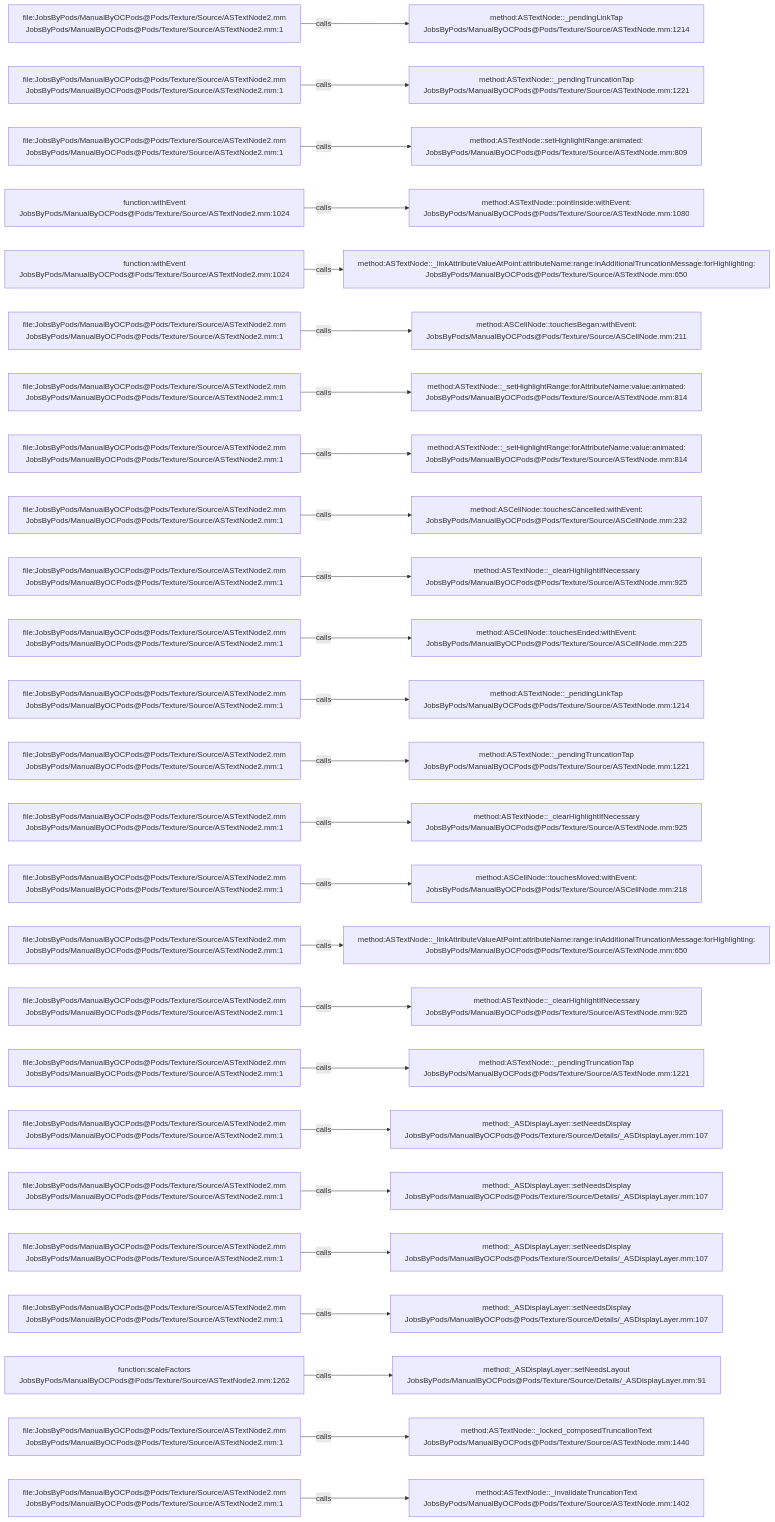
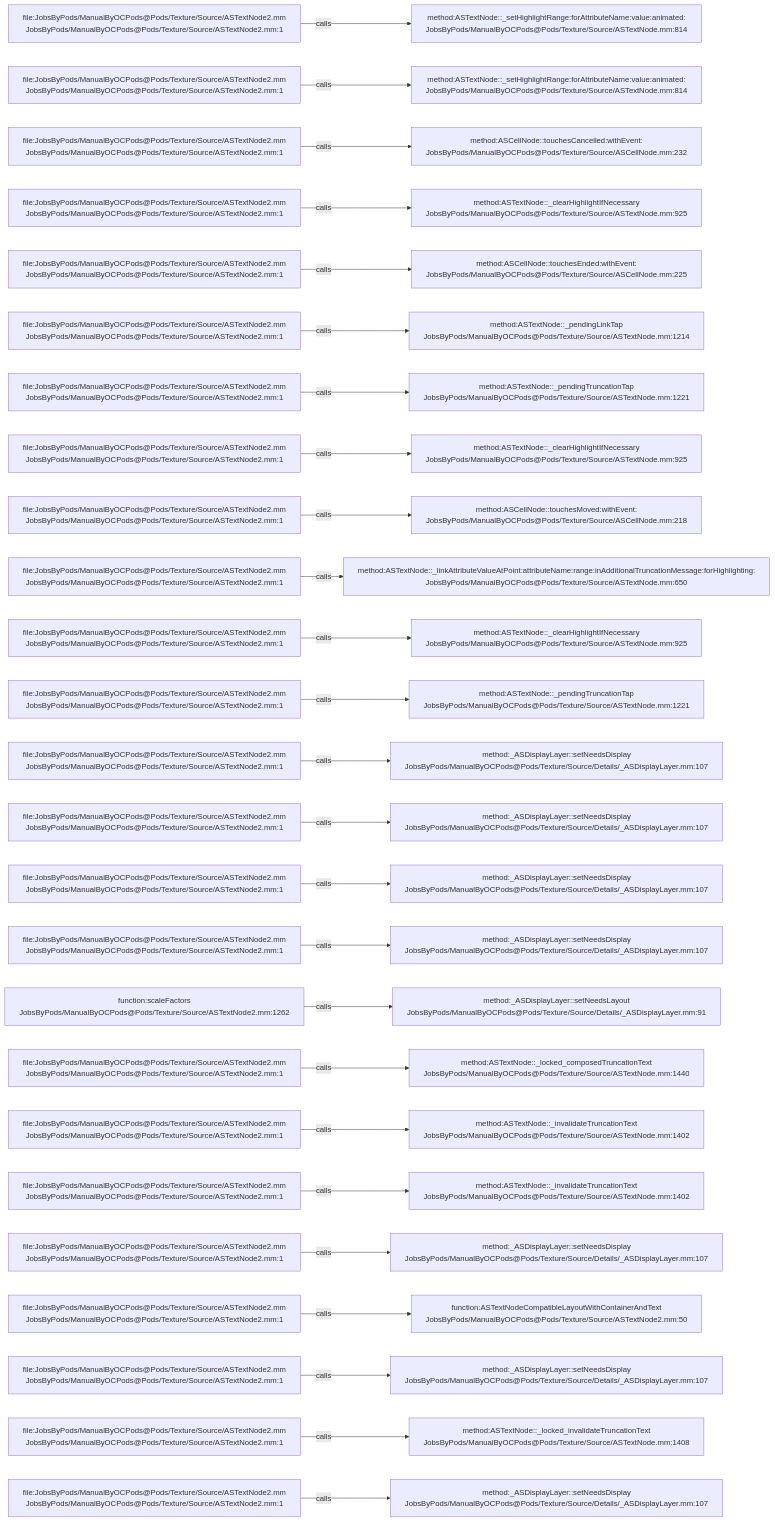
One commit to JobsKits/JobsOCBaseConfigDemo changed the diagram in .codegraph/codegraph.md/graphs/calls-133.md. Above: the diagram before and after it, drawn with Mermaid. The commit also changed 666 other files, not shown here.

````diff
--- a/.codegraph/codegraph.md/graphs/calls-133.md
+++ b/.codegraph/codegraph.md/graphs/calls-133.md
@@ -13,78 +13,78 @@
 ```mermaid
 flowchart LR
   S1["file:JobsByPods/ManualByOCPods@Pods/Texture/Source/ASTextNode2.mm<br/>JobsByPods/ManualByOCPods@Pods/Texture/Source/ASTextNode2.mm:1"]
-  T1["method:ASTextNode::_pendingLinkTap<br/>JobsByPods/ManualByOCPods@Pods/Texture/Source/ASTextNode.mm:1214"]
+  T1["method:ASTextNode::_setHighlightRange:forAttributeName:value:animated:<br/>JobsByPods/ManualByOCPods@Pods/Texture/Source/ASTextNode.mm:814"]
   S1 -->|calls| T1
   S2["file:JobsByPods/ManualByOCPods@Pods/Texture/Source/ASTextNode2.mm<br/>JobsByPods/ManualByOCPods@Pods/Texture/Source/ASTextNode2.mm:1"]
-  T2["method:ASTextNode::_pendingTruncationTap<br/>JobsByPods/ManualByOCPods@Pods/Texture/Source/ASTextNode.mm:1221"]
+  T2["method:ASTextNode::_setHighlightRange:forAttributeName:value:animated:<br/>JobsByPods/ManualByOCPods@Pods/Texture/Source/ASTextNode.mm:814"]
   S2 -->|calls| T2
   S3["file:JobsByPods/ManualByOCPods@Pods/Texture/Source/ASTextNode2.mm<br/>JobsByPods/ManualByOCPods@Pods/Texture/Source/ASTextNode2.mm:1"]
-  T3["method:ASTextNode::setHighlightRange:animated:<br/>JobsByPods/ManualByOCPods@Pods/Texture/Source/ASTextNode.mm:809"]
+  T3["method:ASCellNode::touchesCancelled:withEvent:<br/>JobsByPods/ManualByOCPods@Pods/Texture/Source/ASCellNode.mm:232"]
   S3 -->|calls| T3
-  S4["function:withEvent<br/>JobsByPods/ManualByOCPods@Pods/Texture/Source/ASTextNode2.mm:1024"]
-  T4["method:ASTextNode::pointInside:withEvent:<br/>JobsByPods/ManualByOCPods@Pods/Texture/Source/ASTextNode.mm:1080"]
+  S4["file:JobsByPods/ManualByOCPods@Pods/Texture/Source/ASTextNode2.mm<br/>JobsByPods/ManualByOCPods@Pods/Texture/Source/ASTextNode2.mm:1"]
+  T4["method:ASTextNode::_clearHighlightIfNecessary<br/>JobsByPods/ManualByOCPods@Pods/Texture/Source/ASTextNode.mm:925"]
   S4 -->|calls| T4
-  S5["function:withEvent<br/>JobsByPods/ManualByOCPods@Pods/Texture/Source/ASTextNode2.mm:1024"]
-  T5["method:ASTextNode::_linkAttributeValueAtPoint:attributeName:range:inAdditionalTruncationMessage:forHighlighting:<br/>JobsByPods/ManualByOCPods@Pods/Texture/Source/ASTextNode.mm:650"]
+  S5["file:JobsByPods/ManualByOCPods@Pods/Texture/Source/ASTextNode2.mm<br/>JobsByPods/ManualByOCPods@Pods/Texture/Source/ASTextNode2.mm:1"]
+  T5["method:ASCellNode::touchesEnded:withEvent:<br/>JobsByPods/ManualByOCPods@Pods/Texture/Source/ASCellNode.mm:225"]
   S5 -->|calls| T5
   S6["file:JobsByPods/ManualByOCPods@Pods/Texture/Source/ASTextNode2.mm<br/>JobsByPods/ManualByOCPods@Pods/Texture/Source/ASTextNode2.mm:1"]
-  T6["method:ASCellNode::touchesBegan:withEvent:<br/>JobsByPods/ManualByOCPods@Pods/Texture/Source/ASCellNode.mm:211"]
+  T6["method:ASTextNode::_pendingLinkTap<br/>JobsByPods/ManualByOCPods@Pods/Texture/Source/ASTextNode.mm:1214"]
   S6 -->|calls| T6
   S7["file:JobsByPods/ManualByOCPods@Pods/Texture/Source/ASTextNode2.mm<br/>JobsByPods/ManualByOCPods@Pods/Texture/Source/ASTextNode2.mm:1"]
-  T7["method:ASTextNode::_setHighlightRange:forAttributeName:value:animated:<br/>JobsByPods/ManualByOCPods@Pods/Texture/Source/ASTextNode.mm:814"]
+  T7["method:ASTextNode::_pendingTruncationTap<br/>JobsByPods/ManualByOCPods@Pods/Texture/Source/ASTextNode.mm:1221"]
   S7 -->|calls| T7
   S8["file:JobsByPods/ManualByOCPods@Pods/Texture/Source/ASTextNode2.mm<br/>JobsByPods/ManualByOCPods@Pods/Texture/Source/ASTextNode2.mm:1"]
-  T8["method:ASTextNode::_setHighlightRange:forAttributeName:value:animated:<br/>JobsByPods/ManualByOCPods@Pods/Texture/Source/ASTextNode.mm:814"]
+  T8["method:ASTextNode::_clearHighlightIfNecessary<br/>JobsByPods/ManualByOCPods@Pods/Texture/Source/ASTextNode.mm:925"]
   S8 -->|calls| T8
   S9["file:JobsByPods/ManualByOCPods@Pods/Texture/Source/ASTextNode2.mm<br/>JobsByPods/ManualByOCPods@Pods/Texture/Source/ASTextNode2.mm:1"]
-  T9["method:ASCellNode::touchesCancelled:withEvent:<br/>JobsByPods/ManualByOCPods@Pods/Texture/Source/ASCellNode.mm:232"]
+  T9["method:ASCellNode::touchesMoved:withEvent:<br/>JobsByPods/ManualByOCPods@Pods/Texture/Source/ASCellNode.mm:218"]
   S9 -->|calls| T9
   S10["file:JobsByPods/ManualByOCPods@Pods/Texture/Source/ASTextNode2.mm<br/>JobsByPods/ManualByOCPods@Pods/Texture/Source/ASTextNode2.mm:1"]
-  T10["method:ASTextNode::_clearHighlightIfNecessary<br/>JobsByPods/ManualByOCPods@Pods/Texture/Source/ASTextNode.mm:925"]
+  T10["method:ASTextNode::_linkAttributeValueAtPoint:attributeName:range:inAdditionalTruncationMessage:forHighlighting:<br/>JobsByPods/ManualByOCPods@Pods/Texture/Source/ASTextNode.mm:650"]
   S10 -->|calls| T10
   S11["file:JobsByPods/ManualByOCPods@Pods/Texture/Source/ASTextNode2.mm<br/>JobsByPods/ManualByOCPods@Pods/Texture/Source/ASTextNode2.mm:1"]
-  T11["method:ASCellNode::touchesEnded:withEvent:<br/>JobsByPods/ManualByOCPods@Pods/Texture/Source/ASCellNode.mm:225"]
+  T11["method:ASTextNode::_clearHighlightIfNecessary<br/>JobsByPods/ManualByOCPods@Pods/Texture/Source/ASTextNode.mm:925"]
   S11 -->|calls| T11
   S12["file:JobsByPods/ManualByOCPods@Pods/Texture/Source/ASTextNode2.mm<br/>JobsByPods/ManualByOCPods@Pods/Texture/Source/ASTextNode2.mm:1"]
-  T12["method:ASTextNode::_pendingLinkTap<br/>JobsByPods/ManualByOCPods@Pods/Texture/Source/ASTextNode.mm:1214"]
+  T12["method:ASTextNode::_pendingTruncationTap<br/>JobsByPods/ManualByOCPods@Pods/Texture/Source/ASTextNode.mm:1221"]
   S12 -->|calls| T12
   S13["file:JobsByPods/ManualByOCPods@Pods/Texture/Source/ASTextNode2.mm<br/>JobsByPods/ManualByOCPods@Pods/Texture/Source/ASTextNode2.mm:1"]
-  T13["method:ASTextNode::_pendingTruncationTap<br/>JobsByPods/ManualByOCPods@Pods/Texture/Source/ASTextNode.mm:1221"]
+  T13["method:_ASDisplayLayer::setNeedsDisplay<br/>JobsByPods/ManualByOCPods@Pods/Texture/Source/Details/_ASDisplayLayer.mm:107"]
   S13 -->|calls| T13
   S14["file:JobsByPods/ManualByOCPods@Pods/Texture/Source/ASTextNode2.mm<br/>JobsByPods/ManualByOCPods@Pods/Texture/Source/ASTextNode2.mm:1"]
-  T14["method:ASTextNode::_clearHighlightIfNecessary<br/>JobsByPods/ManualByOCPods@Pods/Texture/Source/ASTextNode.mm:925"]
+  T14["method:_ASDisplayLayer::setNeedsDisplay<br/>JobsByPods/ManualByOCPods@Pods/Texture/Source/Details/_ASDisplayLayer.mm:107"]
   S14 -->|calls| T14
   S15["file:JobsByPods/ManualByOCPods@Pods/Texture/Source/ASTextNode2.mm<br/>JobsByPods/ManualByOCPods@Pods/Texture/Source/ASTextNode2.mm:1"]
-  T15["method:ASCellNode::touchesMoved:withEvent:<br/>JobsByPods/ManualByOCPods@Pods/Texture/Source/ASCellNode.mm:218"]
+  T15["method:_ASDisplayLayer::setNeedsDisplay<br/>JobsByPods/ManualByOCPods@Pods/Texture/Source/Details/_ASDisplayLayer.mm:107"]
   S15 -->|calls| T15
   S16["file:JobsByPods/ManualByOCPods@Pods/Texture/Source/ASTextNode2.mm<br/>JobsByPods/ManualByOCPods@Pods/Texture/Source/ASTextNode2.mm:1"]
-  T16["method:ASTextNode::_linkAttributeValueAtPoint:attributeName:range:inAdditionalTruncationMessage:forHighlighting:<br/>JobsByPods/ManualByOCPods@Pods/Texture/Source/ASTextNode.mm:650"]
+  T16["method:_ASDisplayLayer::setNeedsDisplay<br/>JobsByPods/ManualByOCPods@Pods/Texture/Source/Details/_ASDisplayLayer.mm:107"]
   S16 -->|calls| T16
-  S17["file:JobsByPods/ManualByOCPods@Pods/Texture/Source/ASTextNode2.mm<br/>JobsByPods/ManualByOCPods@Pods/Texture/Source/ASTextNode2.mm:1"]
-  T17["method:ASTextNode::_clearHighlightIfNecessary<br/>JobsByPods/ManualByOCPods@Pods/Texture/Source/ASTextNode.mm:925"]
+  S17["function:scaleFactors<br/>JobsByPods/ManualByOCPods@Pods/Texture/Source/ASTextNode2.mm:1262"]
+  T17["method:_ASDisplayLayer::setNeedsLayout<br/>JobsByPods/ManualByOCPods@Pods/Texture/Source/Details/_ASDisplayLayer.mm:91"]
   S17 -->|calls| T17
   S18["file:JobsByPods/ManualByOCPods@Pods/Texture/Source/ASTextNode2.mm<br/>JobsByPods/ManualByOCPods@Pods/Texture/Source/ASTextNode2.mm:1"]
-  T18["method:ASTextNode::_pendingTruncationTap<br/>JobsByPods/ManualByOCPods@Pods/Texture/Source/ASTextNode.mm:1221"]
+  T18["method:ASTextNode::_locked_composedTruncationText<br/>JobsByPods/ManualByOCPods@Pods/Texture/Source/ASTextNode.mm:1440"]
   S18 -->|calls| T18
   S19["file:JobsByPods/ManualByOCPods@Pods/Texture/Source/ASTextNode2.mm<br/>JobsByPods/ManualByOCPods@Pods/Texture/Source/ASTextNode2.mm:1"]
-  T19["method:_ASDisplayLayer::setNeedsDisplay<br/>JobsByPods/ManualByOCPods@Pods/Texture/Source/Details/_ASDisplayLayer.mm:107"]
+  T19["method:ASTextNode::_invalidateTruncationText<br/>JobsByPods/ManualByOCPods@Pods/Texture/Source/ASTextNode.mm:1402"]
   S19 -->|calls| T19
   S20["file:JobsByPods/ManualByOCPods@Pods/Texture/Source/ASTextNode2.mm<br/>JobsByPods/ManualByOCPods@Pods/Texture/Source/ASTextNode2.mm:1"]
-  T20["method:_ASDisplayLayer::setNeedsDisplay<br/>JobsByPods/ManualByOCPods@Pods/Texture/Source/Details/_ASDisplayLayer.mm:107"]
+  T20["method:ASTextNode::_invalidateTruncationText<br/>JobsByPods/ManualByOCPods@Pods/Texture/Source/ASTextNode.mm:1402"]
   S20 -->|calls| T20
   S21["file:JobsByPods/ManualByOCPods@Pods/Texture/Source/ASTextNode2.mm<br/>JobsByPods/ManualByOCPods@Pods/Texture/Source/ASTextNode2.mm:1"]
   T21["method:_ASDisplayLayer::setNeedsDisplay<br/>JobsByPods/ManualByOCPods@Pods/Texture/Source/Details/_ASDisplayLayer.mm:107"]
   S21 -->|calls| T21
   S22["file:JobsByPods/ManualByOCPods@Pods/Texture/Source/ASTextNode2.mm<br/>JobsByPods/ManualByOCPods@Pods/Texture/Source/ASTextNode2.mm:1"]
-  T22["method:_ASDisplayLayer::setNeedsDisplay<br/>JobsByPods/ManualByOCPods@Pods/Texture/Source/Details/_ASDisplayLayer.mm:107"]
+  T22["function:ASTextNodeCompatibleLayoutWithContainerAndText<br/>JobsByPods/ManualByOCPods@Pods/Texture/Source/ASTextNode2.mm:50"]
   S22 -->|calls| T22
-  S23["function:scaleFactors<br/>JobsByPods/ManualByOCPods@Pods/Texture/Source/ASTextNode2.mm:1262"]
-  T23["method:_ASDisplayLayer::setNeedsLayout<br/>JobsByPods/ManualByOCPods@Pods/Texture/Source/Details/_ASDisplayLayer.mm:91"]
+  S23["file:JobsByPods/ManualByOCPods@Pods/Texture/Source/ASTextNode2.mm<br/>JobsByPods/ManualByOCPods@Pods/Texture/Source/ASTextNode2.mm:1"]
+  T23["method:_ASDisplayLayer::setNeedsDisplay<br/>JobsByPods/ManualByOCPods@Pods/Texture/Source/Details/_ASDisplayLayer.mm:107"]
   S23 -->|calls| T23
   S24["file:JobsByPods/ManualByOCPods@Pods/Texture/Source/ASTextNode2.mm<br/>JobsByPods/ManualByOCPods@Pods/Texture/Source/ASTextNode2.mm:1"]
-  T24["method:ASTextNode::_locked_composedTruncationText<br/>JobsByPods/ManualByOCPods@Pods/Texture/Source/ASTextNode.mm:1440"]
+  T24["method:ASTextNode::_locked_invalidateTruncationText<br/>JobsByPods/ManualByOCPods@Pods/Texture/Source/ASTextNode.mm:1408"]
   S24 -->|calls| T24
   S25["file:JobsByPods/ManualByOCPods@Pods/Texture/Source/ASTextNode2.mm<br/>JobsByPods/ManualByOCPods@Pods/Texture/Source/ASTextNode2.mm:1"]
-  T25["method:ASTextNode::_invalidateTruncationText<br/>JobsByPods/ManualByOCPods@Pods/Texture/Source/ASTextNode.mm:1402"]
+  T25["method:_ASDisplayLayer::setNeedsDisplay<br/>JobsByPods/ManualByOCPods@Pods/Texture/Source/Details/_ASDisplayLayer.mm:107"]
   S25 -->|calls| T25
 ```
````
